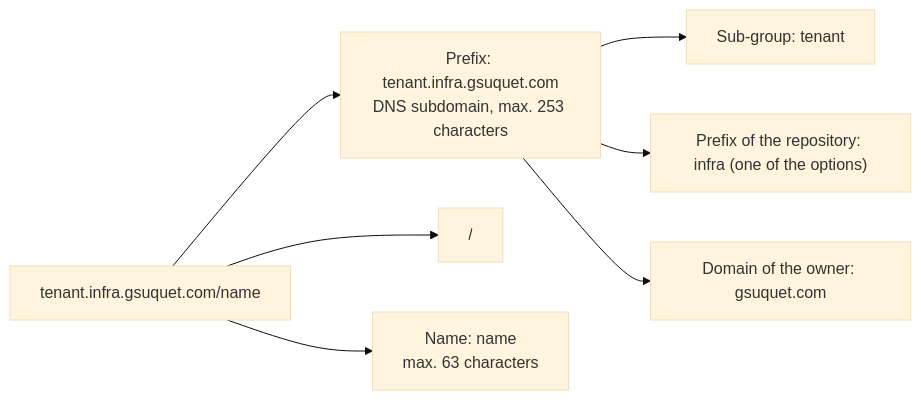
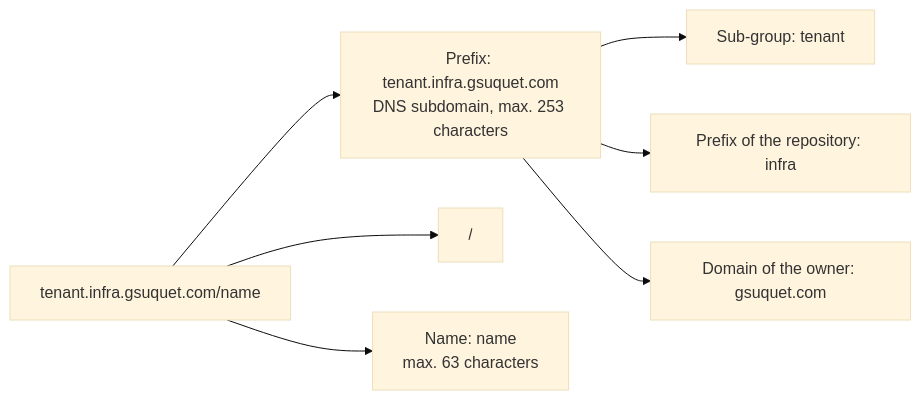
Before and after one commit to gsuquet/homelab: the first of 2 diagrams in docs/records/rfcs/0004-labels-and-annotations.md, drawn with Mermaid (base theme). The commit also changed other lines of this file, not shown here.

First line of the commit message:
docs(records): record the domain and prefix decisions in RFC 0004

````diff
--- a/docs/records/rfcs/0004-labels-and-annotations.md
+++ b/docs/records/rfcs/0004-labels-and-annotations.md
@@ -49,10 +49,10 @@
 ```mermaid
 flowchart LR
     key["tenant.infra.gsuquet.com/name"]
     key --> prefix["Prefix: tenant.infra.gsuquet.com<br/>DNS subdomain, max. 253 characters"]
     key --> slash["/"]
     key --> name["Name: name<br/>max. 63 characters"]
     prefix --> sub["Sub-group: tenant"]
-    prefix --> group["Prefix of the repository: infra (one of the options)"]
+    prefix --> group["Prefix of the repository: infra"]
     prefix --> domain["Domain of the owner: gsuquet.com"]
 ```
````
